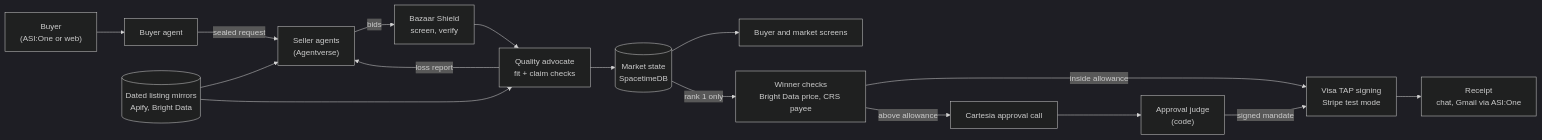
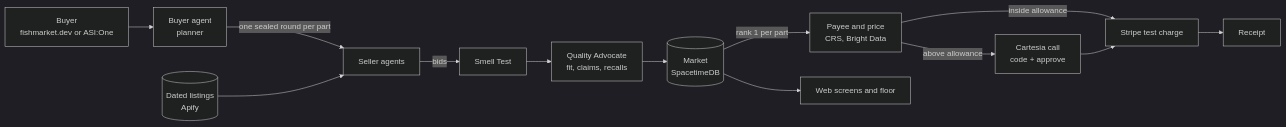
Before and after one commit to vs-githjk/cal-hacks-2026: the diagram in README.md, drawn with Mermaid (dark theme). The commit also changed other lines of this file, not shown here.

First line of the commit message:
README: Fish Market, full rewrite

````diff
--- a/README.md
+++ b/README.md
@@ -71,18 +160,15 @@
 ```mermaid
 flowchart LR
-    U["Buyer<br/>(ASI:One or web)"] --> B["Buyer agent"]
-    B -- "sealed request" --> S["Seller agents<br/>(Agentverse)"]
-    S -- "bids" --> SH["Bazaar Shield<br/>screen, verify"]
-    SH --> A["Quality advocate<br/>fit + claim checks"]
-    M[("Dated listing mirrors<br/>Apify, Bright Data")] --> S
-    M --> A
-    A --> MK[("Market state<br/>SpacetimeDB")]
-    MK --> W["Buyer and market screens"]
-    MK -- "rank 1 only" --> G["Winner checks<br/>Bright Data price, CRS payee"]
-    G -- "inside allowance" --> P["Visa TAP signing<br/>Stripe test mode"]
-    G -- "above allowance" --> C["Cartesia approval call"]
-    C --> J["Approval judge<br/>(code)"]
-    J -- "signed mandate" --> P
-    P --> R["Receipt<br/>chat, Gmail via ASI:One"]
-    A -- "loss report" --> S
+    U["Buyer<br/>fishmarket.dev or ASI:One"] --> B["Buyer agent<br/>planner"]
+    B -- "one sealed round per part" --> S["Seller agents"]
+    M[("Dated listings<br/>Apify")] --> S
+    S -- "bids" --> ST["Smell Test"]
+    ST --> A["Quality Advocate<br/>fit, claims, recalls"]
+    A --> MK[("Market<br/>SpacetimeDB")]
+    MK -- "rank 1 per part" --> G["Payee and price<br/>CRS, Bright Data"]
+    G -- "above allowance" --> C["Cartesia call<br/>code + approve"]
+    G -- "inside allowance" --> P["Stripe test charge"]
+    C --> P
+    P --> R["Receipt"]
+    MK --> W["Web screens and floor"]
 ```
````
